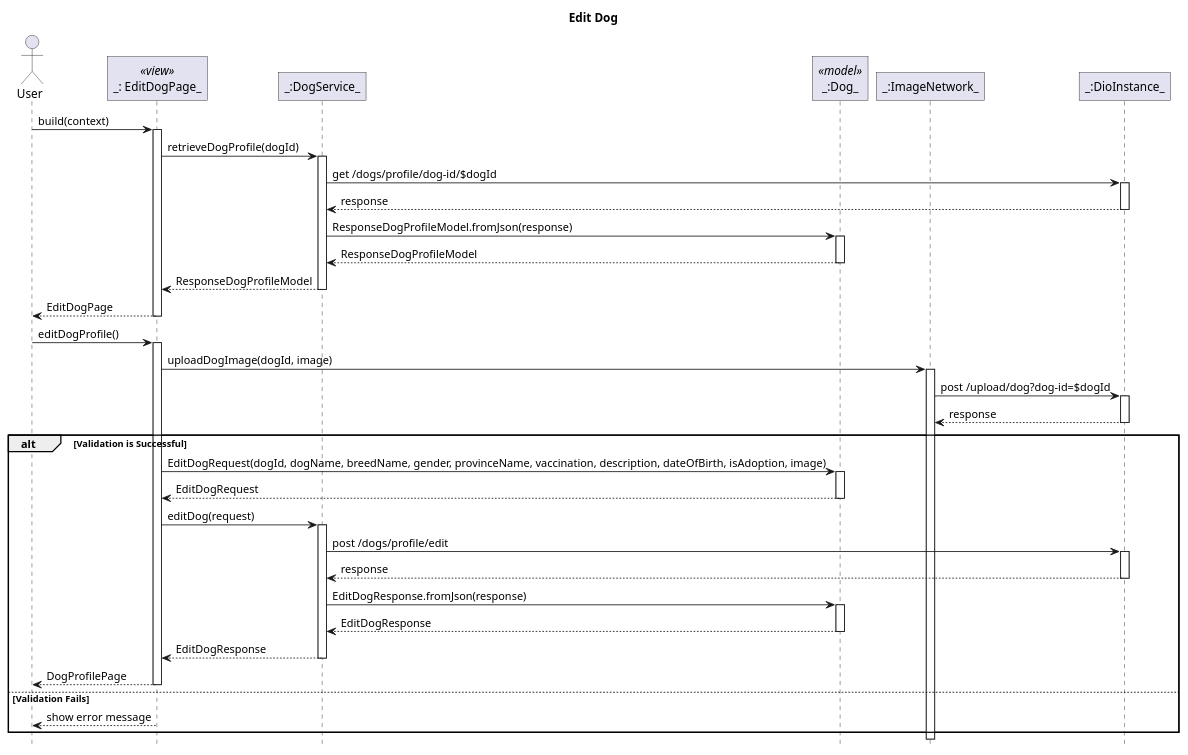
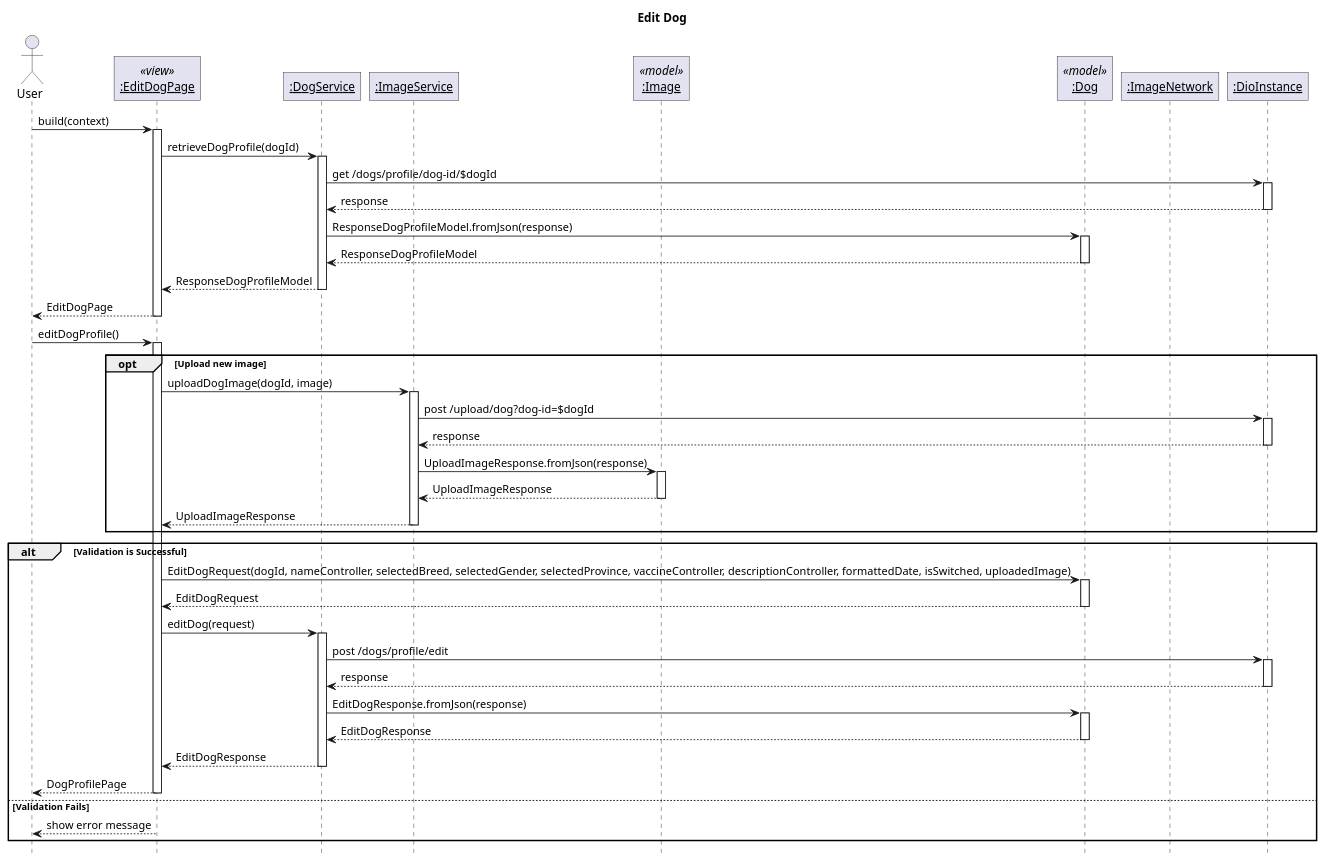
The diagram in lib/plantuml/sequence/dog/edit dog.puml (sharoncedila/FO_woofers), drawn with PlantUML before and after one commit. The commit also changed 30 other files, not shown here.

Commit message:
added all sequence diagram

```diff
--- a/lib/plantuml/sequence/dog/edit dog.puml
+++ b/lib/plantuml/sequence/dog/edit dog.puml
@@ -1,49 +1,56 @@
 @startuml AddDog
 ' Global param
 title Edit Dog
 autoactivate on
 
 ' Global style configuration
 skinparam RoundCorner 0
 hide footbox
 
 ' Sequence participant configuration
 actor User
-participant "_: EditDogPage_" as Page <<view>>
-participant "_:DogService_" as Service
-participant "_:Dog_" as Model <<model>>
-participant "_:ImageNetwork_" as Image
-participant "_:DioInstance_" as Dio
+participant "__:EditDogPage__" as Page <<view>>
+participant "__:DogService__" as ServiceDog
+participant "__:ImageService__" as ServiceImage
+participant "__:Image__" as ModelImage <<model>>
+participant "__:Dog__" as ModelDog <<model>>
+participant "__:ImageNetwork__" as Image
+participant "__:DioInstance__" as Dio
 
 
 ' Sequence diagram
 User -> Page: build(context)
-Page -> Service: retrieveDogProfile(dogId)
-Service -> Dio: get /dogs/profile/dog-id/$dogId
-Service <-- Dio: response
-Service -> Model: ResponseDogProfileModel.fromJson(response)
-Service <-- Model: ResponseDogProfileModel
-Page <-- Service: ResponseDogProfileModel
+Page -> ServiceDog: retrieveDogProfile(dogId)
+ServiceDog -> Dio: get /dogs/profile/dog-id/$dogId
+ServiceDog <-- Dio: response
+ServiceDog -> ModelDog: ResponseDogProfileModel.fromJson(response)
+ServiceDog <-- ModelDog: ResponseDogProfileModel
+Page <-- ServiceDog: ResponseDogProfileModel
 User <-- Page: EditDogPage
 User -> Page: editDogProfile()
-Page -> Image: uploadDogImage(dogId, image)
-Image -> Dio : post /upload/dog?dog-id=$dogId
-Image <-- Dio : response
+opt Upload new image
+Page -> ServiceImage: uploadDogImage(dogId, image)
+ServiceImage -> Dio : post /upload/dog?dog-id=$dogId
+ServiceImage <-- Dio : response
+ServiceImage -> ModelImage : UploadImageResponse.fromJson(response)
+ServiceImage <-- ModelImage : UploadImageResponse
+Page <-- ServiceImage : UploadImageResponse
+end
 alt Validation is Successful
-Page -> Model: EditDogRequest(dogId, dogName, breedName, gender, provinceName, vaccination, description, dateOfBirth, isAdoption, image)
-Page <-- Model: EditDogRequest
-Page -> Service: editDog(request)
-Service -> Dio : post /dogs/profile/edit
-Service <-- Dio : response
-Service -> Model: EditDogResponse.fromJson(response)
-Service <-- Model: EditDogResponse
-Page <-- Service: EditDogResponse
+Page -> ModelDog: EditDogRequest(dogId, nameController, selectedBreed, selectedGender, selectedProvince, vaccineController, descriptionController, formattedDate, isSwitched, uploadedImage)
+Page <-- ModelDog: EditDogRequest
+Page -> ServiceDog: editDog(request)
+ServiceDog -> Dio : post /dogs/profile/edit
+ServiceDog <-- Dio : response
+ServiceDog -> ModelDog: EditDogResponse.fromJson(response)
+ServiceDog <-- ModelDog: EditDogResponse
+Page <-- ServiceDog: EditDogResponse
 User <-- Page: DogProfilePage
 else Validation Fails
-    User <-- Page: show error message
+User <-- Page: show error message
 end
 
 
 
 
 @enduml
```
